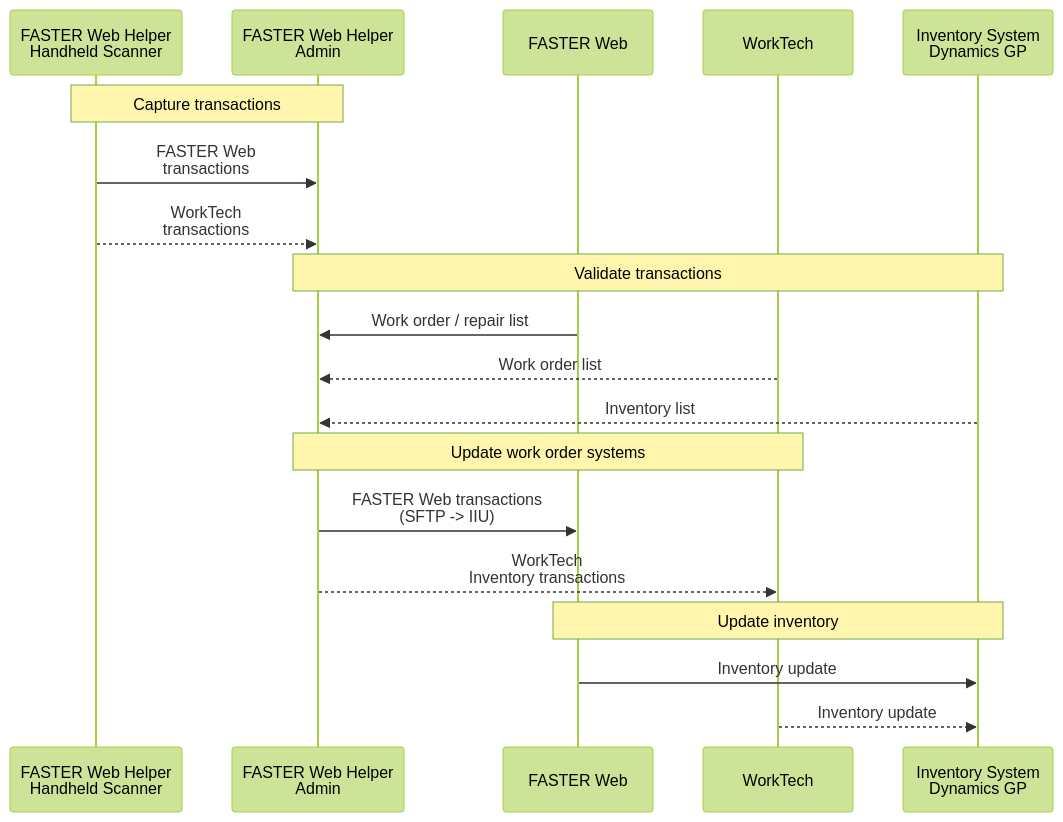
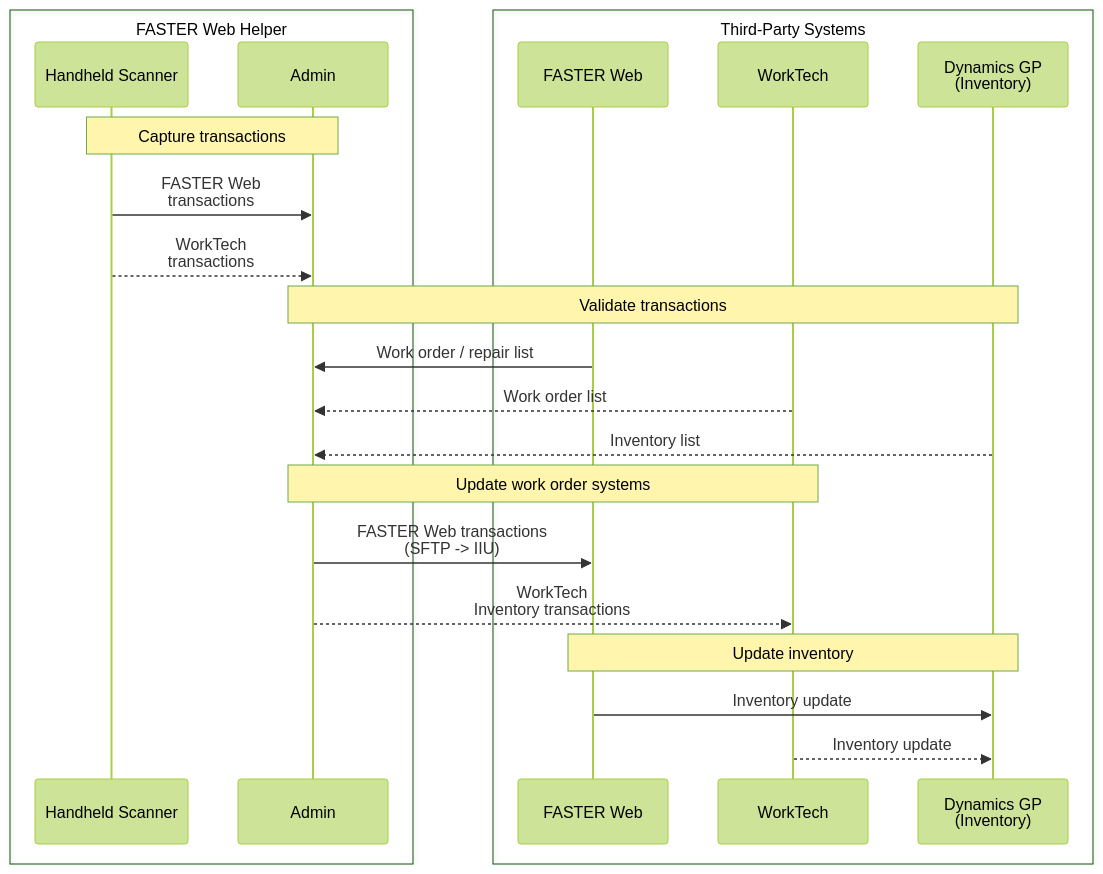
The diagram in modules/inventoryScanner/README.md (cityssm/faster-web-helper), drawn with Mermaid (forest theme) before and after one commit.

Commit message:
add boxes

````diff
--- a/modules/inventoryScanner/README.md
+++ b/modules/inventoryScanner/README.md
@@ -29,25 +29,30 @@
 ```mermaid
 sequenceDiagram
-    participant scanner as FASTER Web Helper<br />Handheld Scanner
-    participant helper as FASTER Web Helper<br />Admin
+  box FASTER Web Helper
+    participant scanner as Handheld Scanner
+    participant helper as Admin
+  end
+
+  box Third-Party Systems
     participant faster as FASTER Web
     participant worktech as WorkTech
-    participant inventory as Inventory System<br />Dynamics GP
+    participant inventory as Dynamics GP<br />(Inventory)
+  end
 
-    note over scanner,helper: Capture transactions
-    scanner->>helper: FASTER Web<br />transactions
-    scanner-->>helper: WorkTech<br />transactions
+  note over scanner,helper: Capture transactions
+  scanner->>helper: FASTER Web<br />transactions
+  scanner-->>helper: WorkTech<br />transactions
 
-    note over helper,inventory: Validate transactions
-    faster->>helper: Work order / repair list
-    worktech-->>helper: Work order list
-    inventory-->>helper: Inventory list
+  note over helper,inventory: Validate transactions
+  faster->>helper: Work order / repair list
+  worktech-->>helper: Work order list
+  inventory-->>helper: Inventory list
 
-    note over helper,worktech: Update work order systems
-    helper->>faster: FASTER Web transactions<br />(SFTP -> IIU)
-    helper-->>worktech: WorkTech<br />Inventory transactions
+  note over helper,worktech: Update work order systems
+  helper->>faster: FASTER Web transactions<br />(SFTP -> IIU)
+  helper-->>worktech: WorkTech<br />Inventory transactions
 
-    note over faster,inventory: Update inventory
-    faster->>inventory: Inventory update
-    worktech-->>inventory: Inventory update
+  note over faster,inventory: Update inventory
+  faster->>inventory: Inventory update
+  worktech-->>inventory: Inventory update
 ```
````
